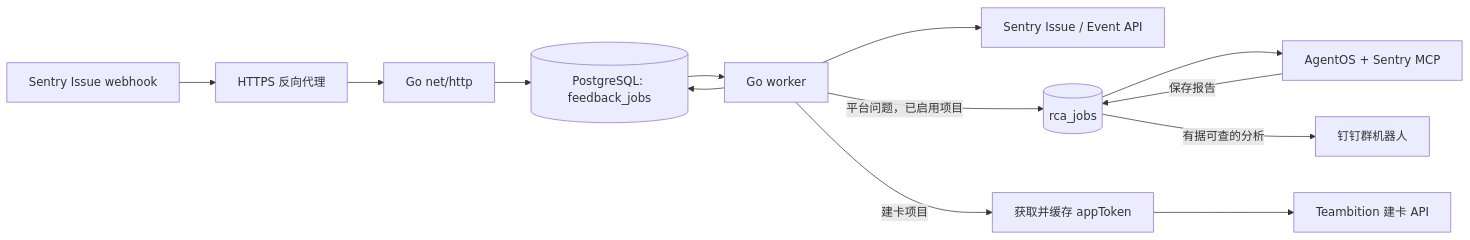
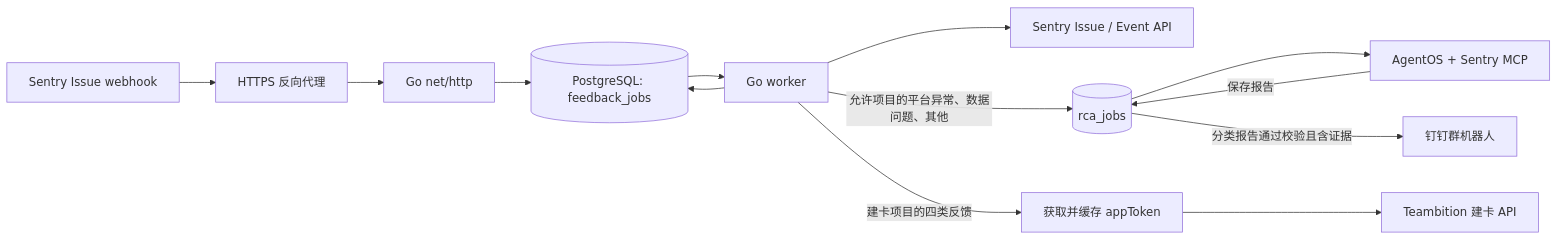
The first of 2 diagrams in docs/architecture.md (HarperGG/sentry-adapter), drawn with Mermaid before and after one commit. The commit also changed other lines of this file and 14 other files, not shown here.

````diff
--- a/docs/architecture.md
+++ b/docs/architecture.md
@@ -19,15 +19,15 @@
 ```mermaid
 flowchart LR
     S[Sentry Issue webhook] --> P[HTTPS 反向代理]
     P --> H[Go net/http]
     H --> D[(PostgreSQL: feedback_jobs)]
     D --> W[Go worker]
     W --> SA[Sentry Issue / Event API]
-    W -->|平台问题，已启用项目| R[(rca_jobs)]
+    W -->|允许项目的平台异常、数据问题、其他| R[(rca_jobs)]
     R --> A[AgentOS + Sentry MCP]
     A -->|保存报告| R
-    R -->|有据可查的分析| DT[钉钉群机器人]
-    W -->|建卡项目| J[获取并缓存 appToken]
+    R -->|分类报告通过校验且含证据| DT[钉钉群机器人]
+    W -->|建卡项目的四类反馈| J[获取并缓存 appToken]
     J --> TA[Teambition 建卡 API]
     W --> D
 ```
````
